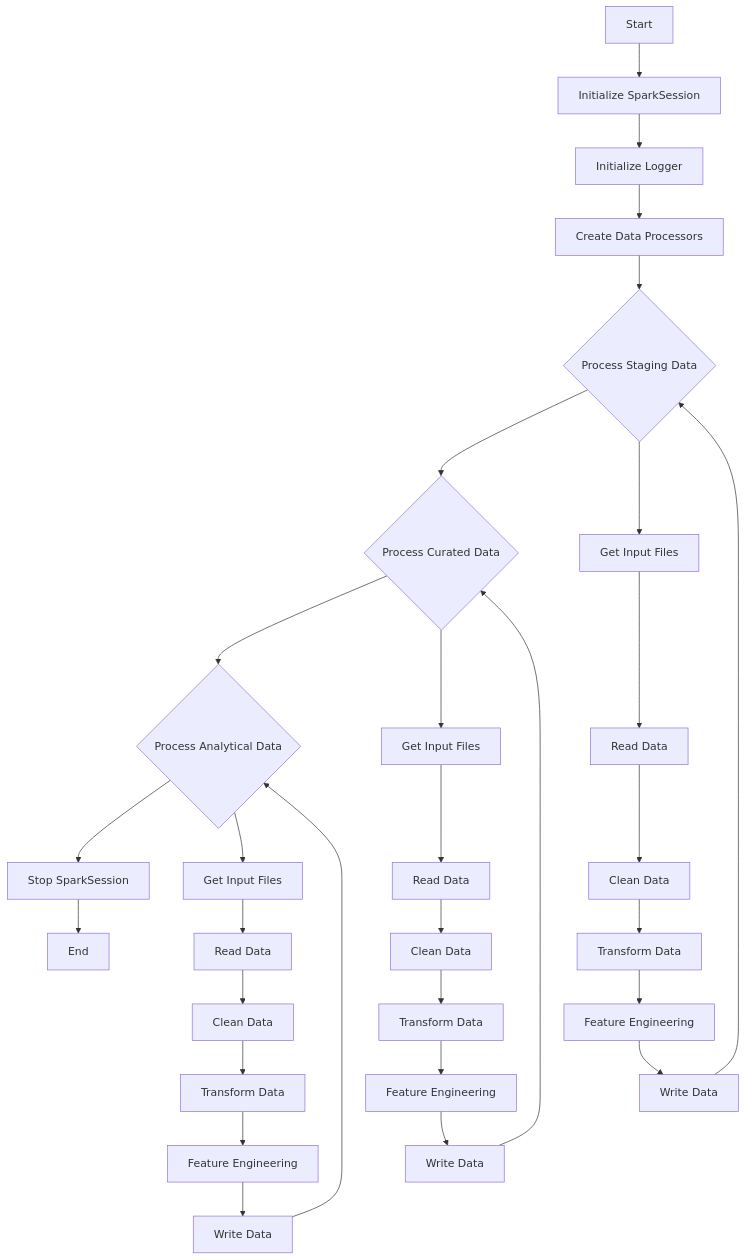
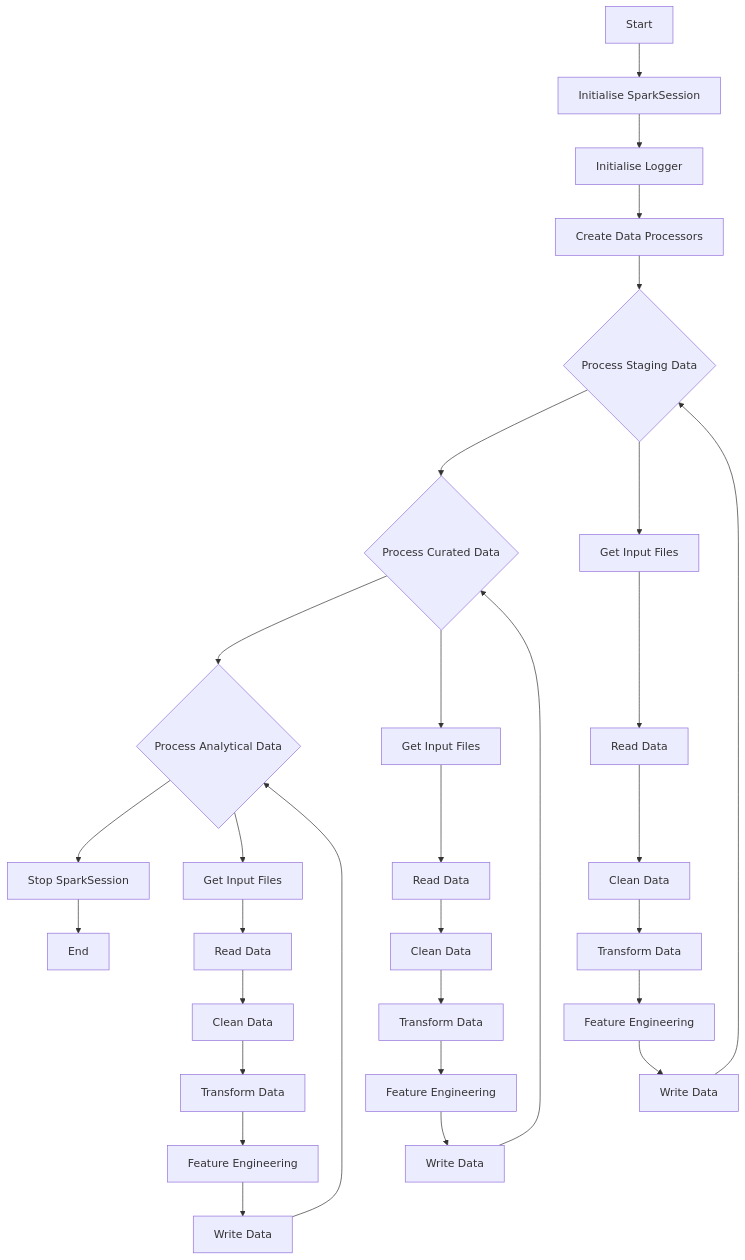
Before and after one commit to arturogonzalezm/energy_price_and_demand_forecast: the third of 3 diagrams in README.md, drawn with Mermaid. The commit also changed other lines of this file, not shown here.

````diff
--- a/README.md
+++ b/README.md
@@ -273,35 +273,35 @@
 ```mermaid
 graph TD
-    A[Start] --> B[Initialize SparkSession]
-    B --> C[Initialize Logger]
+    A[Start] --> B[Initialise SparkSession]
+    B --> C[Initialise Logger]
     C --> D[Create Data Processors]
     D --> E{Process Staging Data}
     E --> F{Process Curated Data}
     F --> G{Process Analytical Data}
     G --> H[Stop SparkSession]
     H --> I[End]
 
     E --> J[Get Input Files]
     J --> K[Read Data]
     K --> L[Clean Data]
     L --> M[Transform Data]
     M --> N[Feature Engineering]
     N --> O[Write Data]
     O --> E
 
     F --> P[Get Input Files]
     P --> Q[Read Data]
     Q --> R[Clean Data]
     R --> S[Transform Data]
     S --> T[Feature Engineering]
     T --> U[Write Data]
     U --> F
 
     G --> V[Get Input Files]
     V --> W[Read Data]
     W --> X[Clean Data]
     X --> Y[Transform Data]
     Y --> Z[Feature Engineering]
     Z --> AA[Write Data]
     AA --> G
 ```
````
